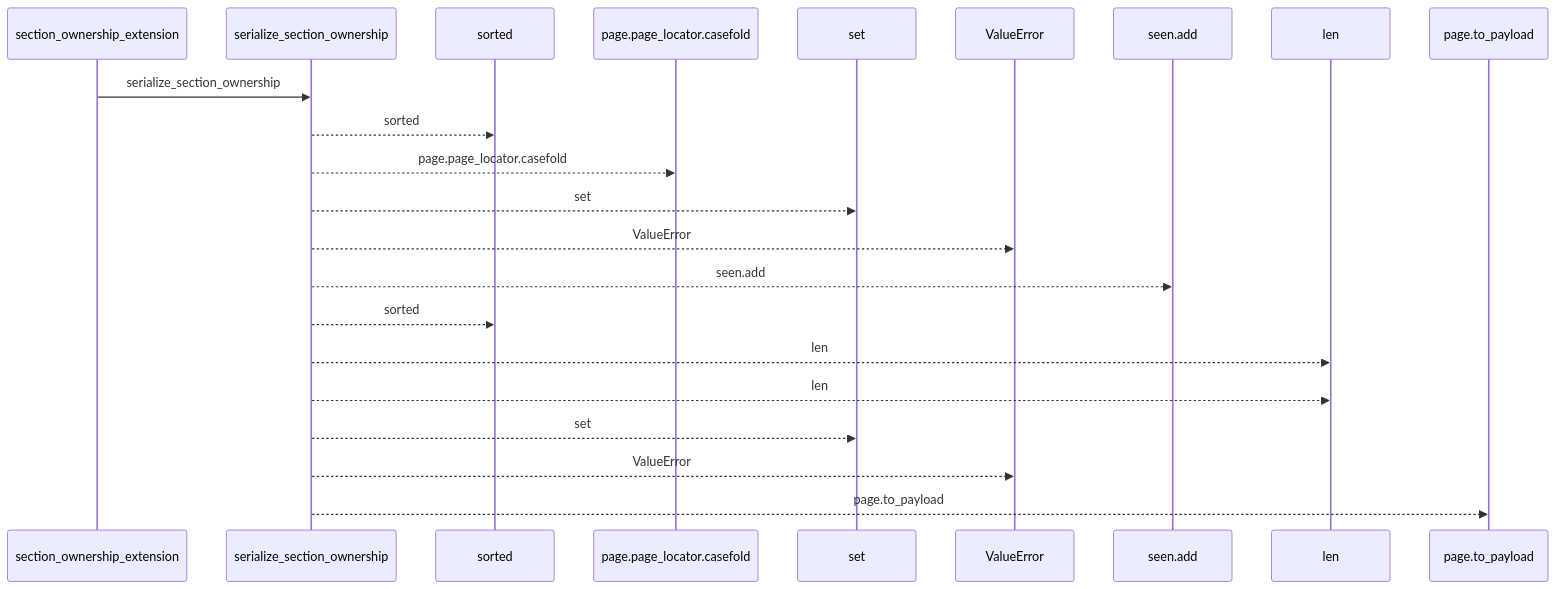
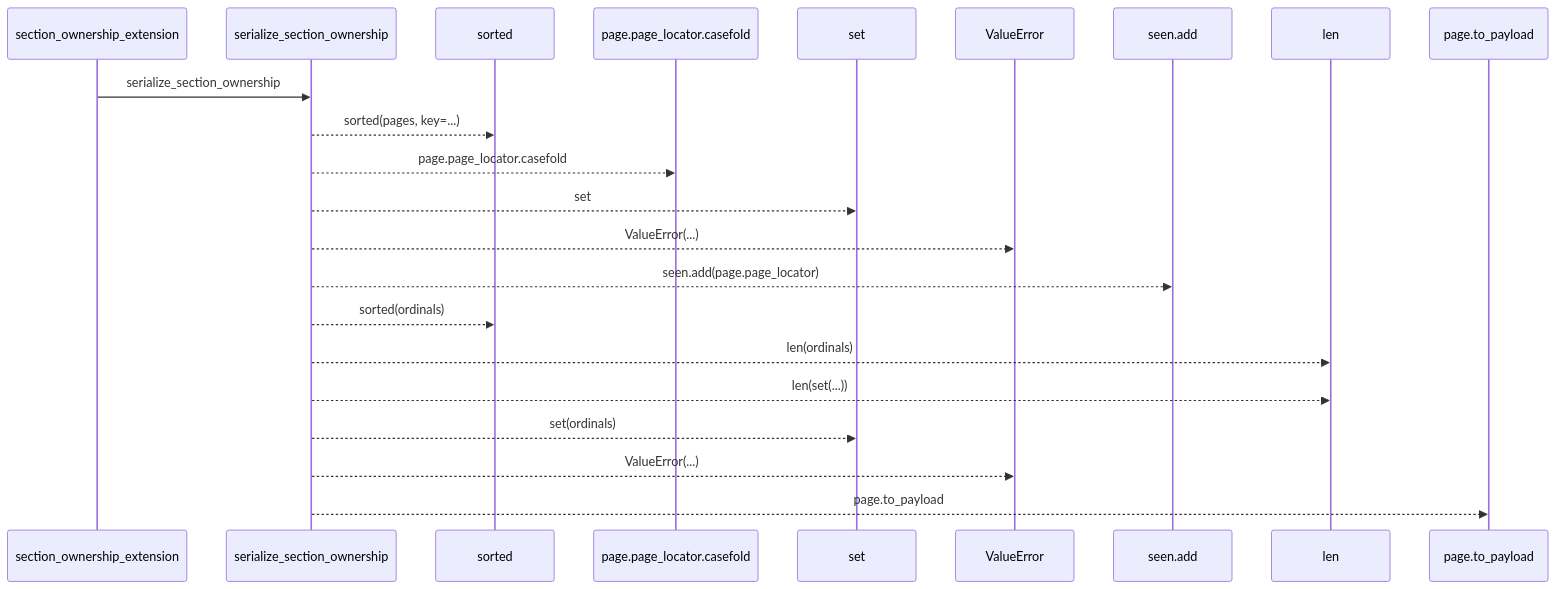
One commit to Denissvgn/python-wiki-llm changed the first of 2 diagrams in docs/llm_wiki/flows/api-section_ownership_extension.md. Above: the diagram before and after it, drawn with Mermaid. The commit also changed other lines of this file and 1410 other files, not shown here.

````diff
--- a/docs/llm_wiki/flows/api-section_ownership_extension.md
+++ b/docs/llm_wiki/flows/api-section_ownership_extension.md
@@ -10,24 +12,24 @@
 ```mermaid
 sequenceDiagram
     participant p0 as section_ownership_extension
     participant p1 as serialize_section_ownership
     participant p2 as sorted
     participant p3 as page.page_locator.casefold
     participant p4 as set
     participant p5 as ValueError
     participant p6 as seen.add
     participant p7 as len
     participant p8 as page.to_payload
     p0->>p1: serialize_section_ownership
-    p1-->>p2: sorted
+    p1-->>p2: sorted(pages, key=...)
     p1-->>p3: page.page_locator.casefold
     p1-->>p4: set
-    p1-->>p5: ValueError
-    p1-->>p6: seen.add
-    p1-->>p2: sorted
-    p1-->>p7: len
-    p1-->>p7: len
-    p1-->>p4: set
-    p1-->>p5: ValueError
+    p1-->>p5: ValueError(...)
+    p1-->>p6: seen.add(page.page_locator)
+    p1-->>p2: sorted(ordinals)
+    p1-->>p7: len(ordinals)
+    p1-->>p7: len(set(...))
+    p1-->>p4: set(ordinals)
+    p1-->>p5: ValueError(...)
     p1-->>p8: page.to_payload
 ```
````
